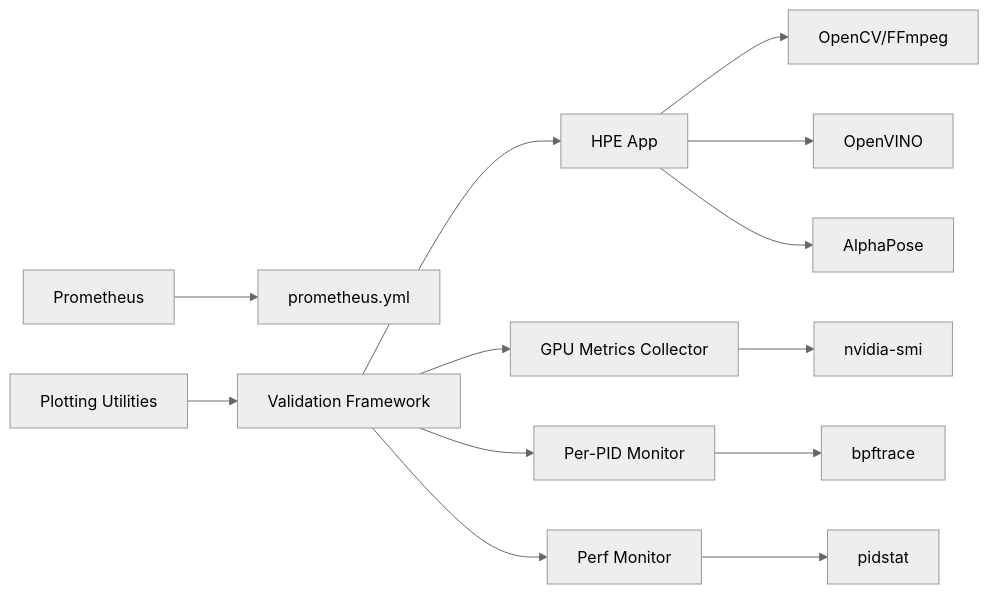
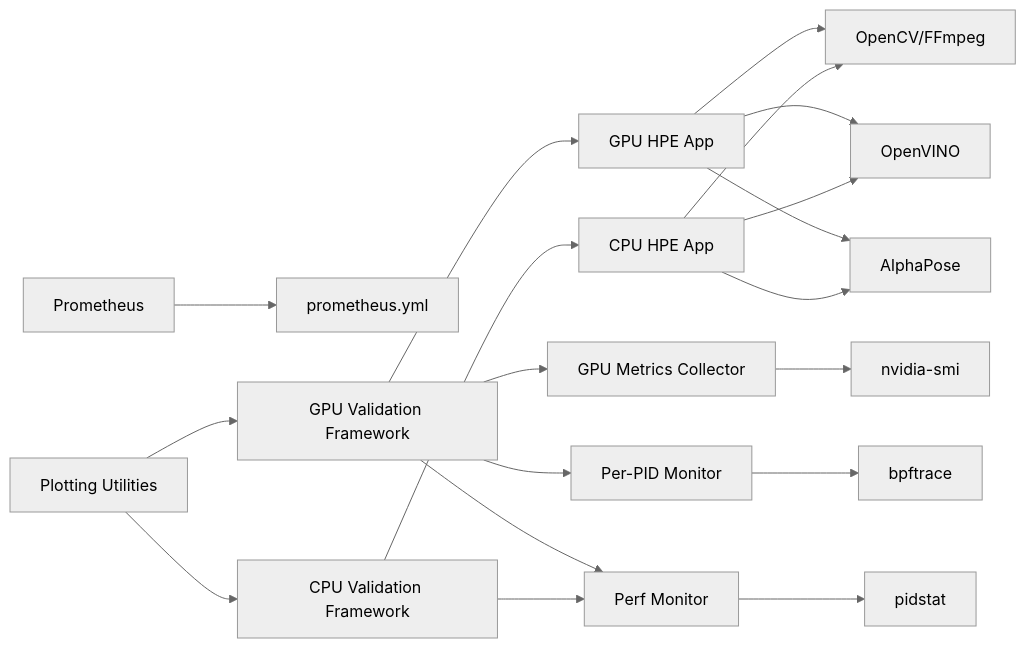
The seventh of 7 diagrams in .qoder/repowiki/en/content/Monitoring and Analytics/Metrics Collection.md (Fogus-Gr/MeasurementsDTs), drawn with Mermaid (neutral theme) before and after one commit. The commit also changed other lines of this file and 5 other files, not shown here.

````diff
--- a/.qoder/repowiki/en/content/Monitoring and Analytics/Metrics Collection.md
+++ b/.qoder/repowiki/en/content/Monitoring and Analytics/Metrics Collection.md
@@ -365,15 +464,21 @@
 ```mermaid
 graph LR
 PR["Prometheus"] --> CFG["prometheus.yml"]
 GM["GPU Metrics Collector"] --> NSMI["nvidia-smi"]
 PMH["Per-PID Monitor"] --> BPF["bpftrace"]
 PMR["Perf Monitor"] --> PS["pidstat"]
-HPE["HPE App"] --> CAP["OpenCV/FFmpeg"]
-HPE --> OV["OpenVINO"]
-HPE --> AP["AlphaPose"]
-VAL["Validation Framework"] --> HPE
-VAL --> GM
-VAL --> PMH
-VAL --> PMR
-PLOT["Plotting Utilities"] --> VAL
+HPE_GPU["GPU HPE App"] --> CAP["OpenCV/FFmpeg"]
+HPE_CPU["CPU HPE App"] --> CAP
+HPE_GPU --> OV["OpenVINO"]
+HPE_GPU --> AP["AlphaPose"]
+HPE_CPU --> OV
+HPE_CPU --> AP
+VAL_GPU["GPU Validation Framework"] --> HPE_GPU
+VAL_GPU --> GM
+VAL_GPU --> PMH
+VAL_GPU --> PMR
+VAL_CPU["CPU Validation Framework"] --> HPE_CPU
+VAL_CPU --> PMR
+PLOT["Plotting Utilities"] --> VAL_GPU
+PLOT --> VAL_CPU
 ```
````
